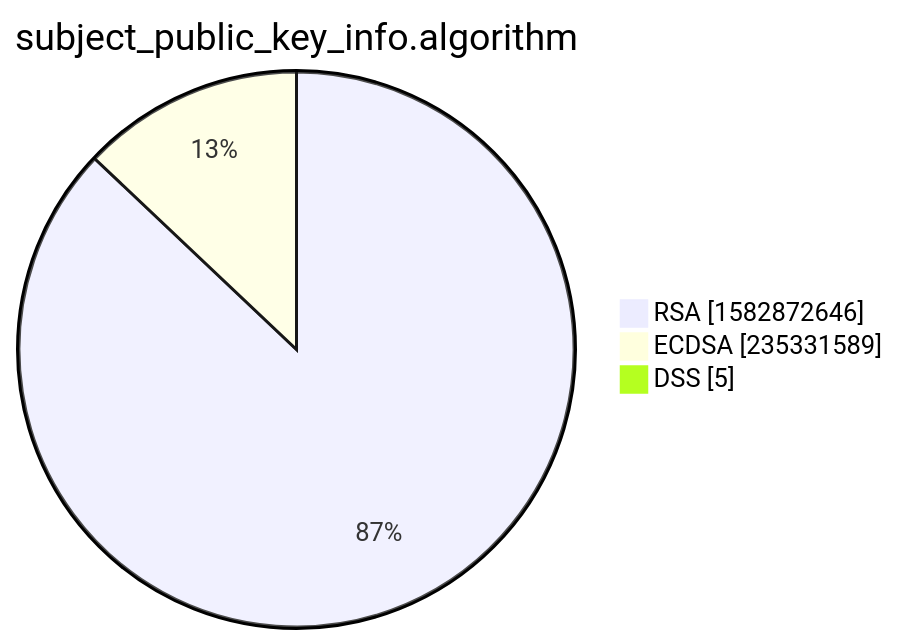
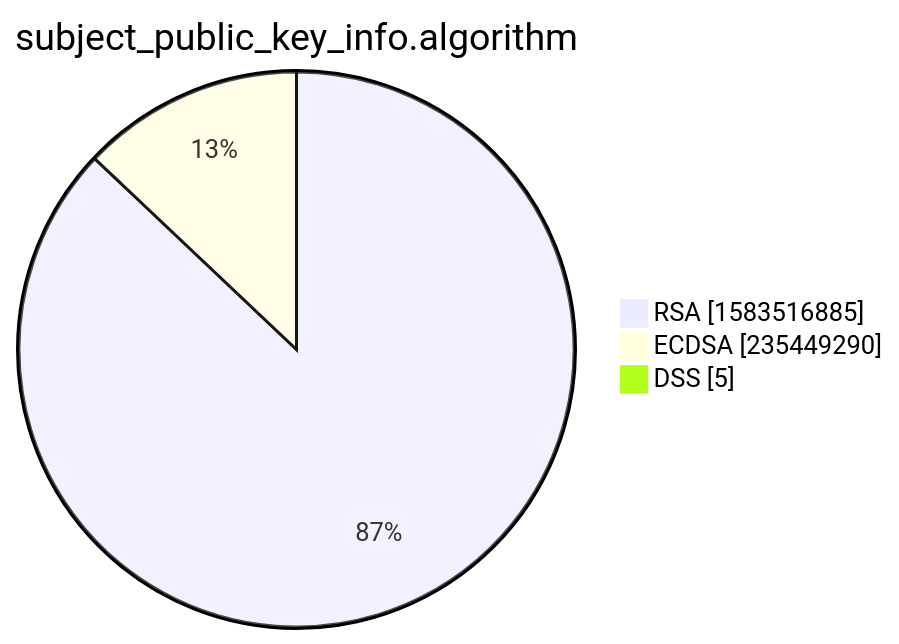
The third of 15 diagrams in xenon2022/README.md (christiankrug/ctmonitor_visualization), drawn with Mermaid before and after one commit. The commit also changed other lines of this file, not shown here.

````diff
--- a/xenon2022/README.md
+++ b/xenon2022/README.md
@@ -14,7 +14,7 @@
 ```mermaid
 pie showData
 title subject_public_key_info.algorithm
-"RSA" :1582872646
-"ECDSA" :235331589
+"RSA" :1583516885
+"ECDSA" :235449290
 "DSS" :5
 ```
````
